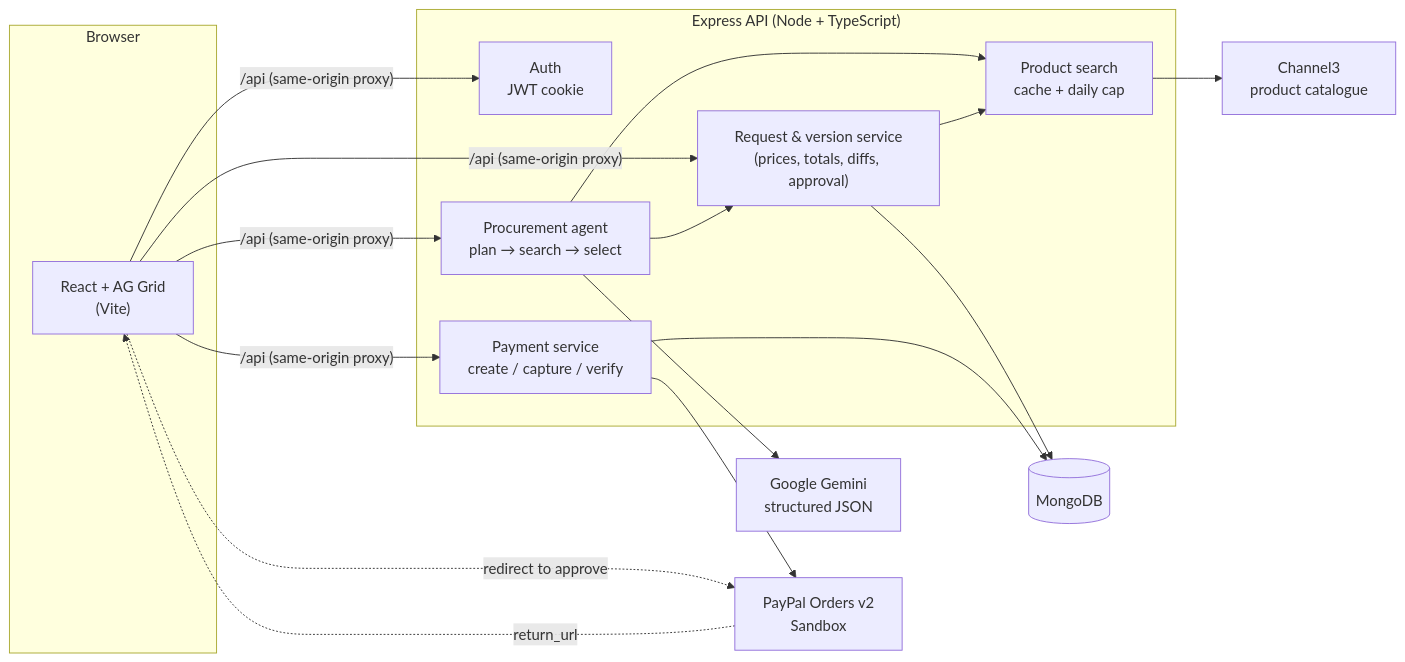
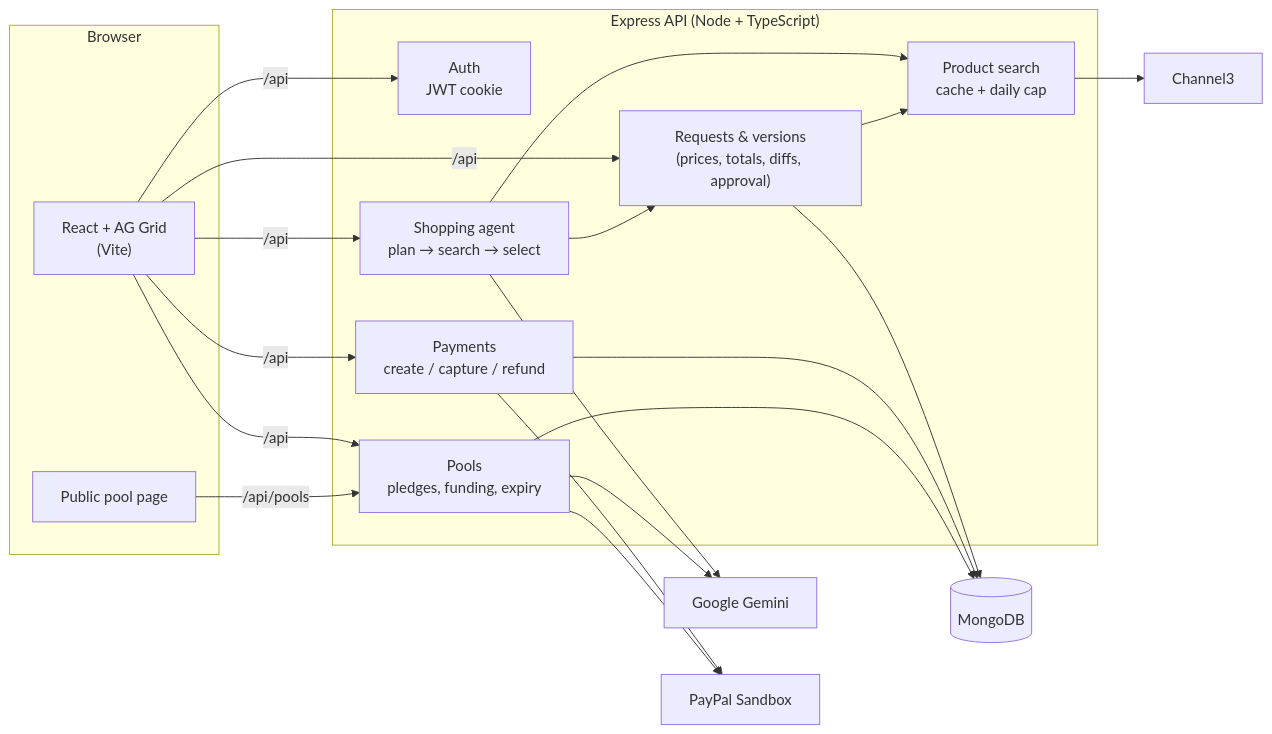
The first of 2 diagrams in README.md (ri-tae-ka/nod-paypal-hackathon), drawn with Mermaid before and after one commit. The commit also changed other lines of this file and 45 other files, not shown here.

````diff
--- a/README.md
+++ b/README.md
@@ -123,31 +131,35 @@
 ```mermaid
 flowchart LR
   subgraph Browser
     UI["React + AG Grid<br/>(Vite)"]
+    Guest["Public pool page"]
   end
 
   subgraph Server["Express API (Node + TypeScript)"]
     Auth["Auth<br/>JWT cookie"]
-    Req["Request &amp; version service<br/>(prices, totals, diffs, approval)"]
-    Agent["Procurement agent<br/>plan → search → select"]
+    Req["Requests &amp; versions<br/>(prices, totals, diffs, approval)"]
+    Agent["Shopping agent<br/>plan → search → select"]
     Search["Product search<br/>cache + daily cap"]
-    Pay["Payment service<br/>create / capture / verify"]
+    Pay["Payments<br/>create / capture / refund"]
+    Pools["Pools<br/>pledges, funding, expiry"]
   end
 
   DB[(MongoDB)]
-  Gemini["Google Gemini<br/>structured JSON"]
-  C3["Channel3<br/>product catalogue"]
-  PP["PayPal Orders v2<br/>Sandbox"]
+  Gemini["Google Gemini"]
+  C3["Channel3"]
+  PP["PayPal Sandbox"]
 
-  UI -- "/api (same-origin proxy)" --> Auth & Req & Agent & Pay
+  UI -- "/api" --> Auth & Req & Agent & Pay & Pools
+  Guest -- "/api/pools" --> Pools
   Agent --> Gemini
   Agent --> Search
+  Pools --> Gemini
   Req --> Search
   Search --> C3
   Agent --> Req
   Req --> DB
   Pay --> DB
+  Pools --> DB
   Pay --> PP
-  UI -. "redirect to approve" .-> PP
-  PP -. "return_url" .-> UI
+  Pools --> PP
 ```
````
